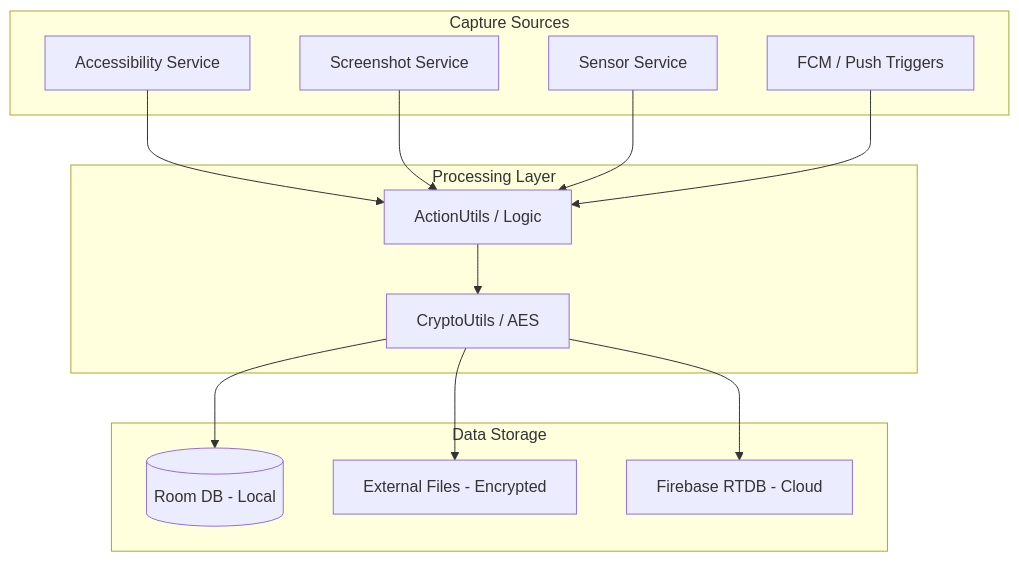
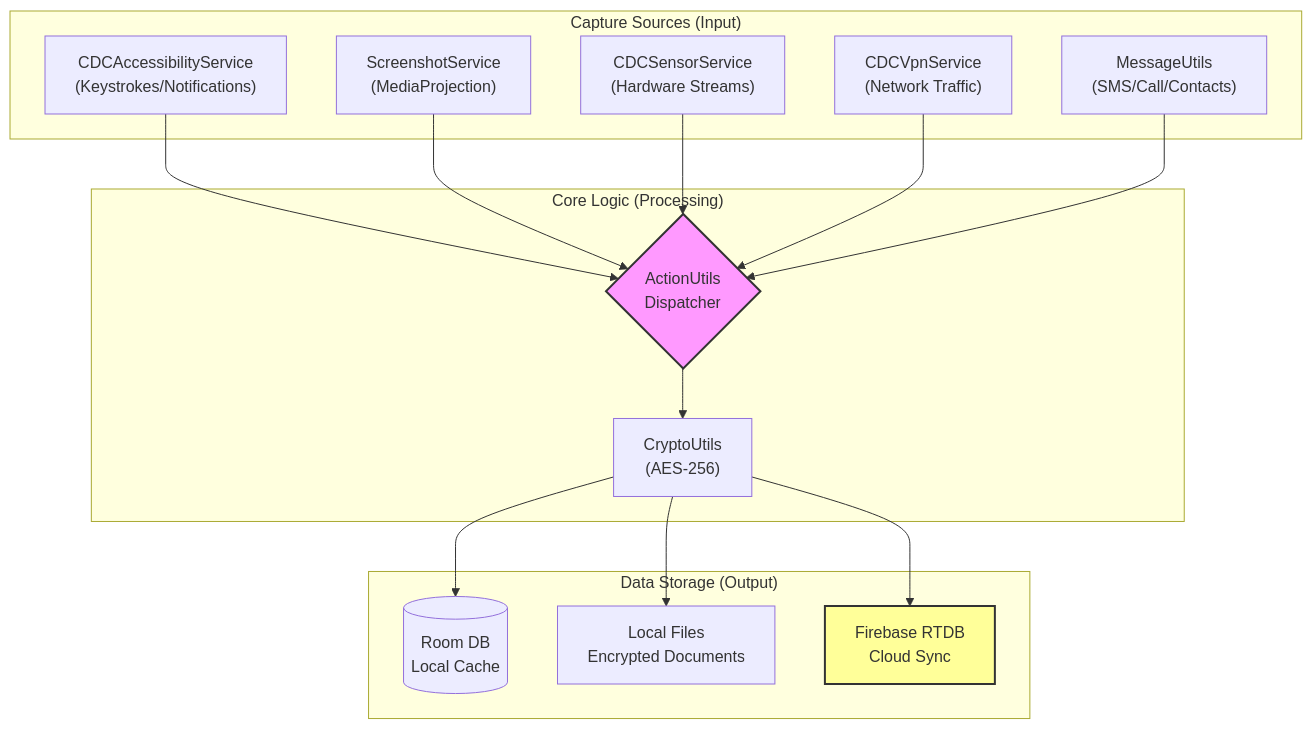
Before and after one commit to vikasyadavnsit/CDC: the first of 4 diagrams in README.md, drawn with Mermaid. The commit also changed other lines of this file and 12 other files, not shown here.

````diff
--- a/README.md
+++ b/README.md
@@ -31,29 +31,28 @@
 ```mermaid
-graph TD
-    subgraph "Capture Sources"
-        A[Accessibility Service]
-        B[Screenshot Service]
-        C[Sensor Service]
-        D[FCM / Push Triggers]
+graph TB
+    subgraph "Capture Sources (Input)"
+        A["CDCAccessibilityService<br/>(Keystrokes/Notifications)"]
+        B["ScreenshotService<br/>(MediaProjection)"]
+        C["CDCSensorService<br/>(Hardware Streams)"]
+        D["CDCVpnService<br/>(Network Traffic)"]
+        E["MessageUtils<br/>(SMS/Call/Contacts)"]
     end
 
-    subgraph "Processing Layer"
-        E[ActionUtils / Logic]
-        F[CryptoUtils / AES]
+    subgraph "Core Logic (Processing)"
+        F{"ActionUtils<br/>Dispatcher"}
+        G["CryptoUtils<br/>(AES-256)"]
     end
 
-    subgraph "Data Storage"
-        G[(Room DB - Local)]
-        H[External Files - Encrypted]
-        I[Firebase RTDB - Cloud]
+    subgraph "Data Storage (Output)"
+        H[("Room DB<br/>Local Cache")]
+        I["Local Files<br/>Encrypted Documents"]
+        J["Firebase RTDB<br/>Cloud Sync"]
     end
 
-    A --> E
-    B --> E
-    C --> E
-    D --> E
-    E --> F
+    A & B & C & D & E --> F
     F --> G
-    F --> H
-    F --> I
+    G --> H & I & J
+
+    style F fill:#f9f,stroke:#333,stroke-width:2px
+    style J fill:#ff9,stroke:#333,stroke-width:2px
 ```
````
